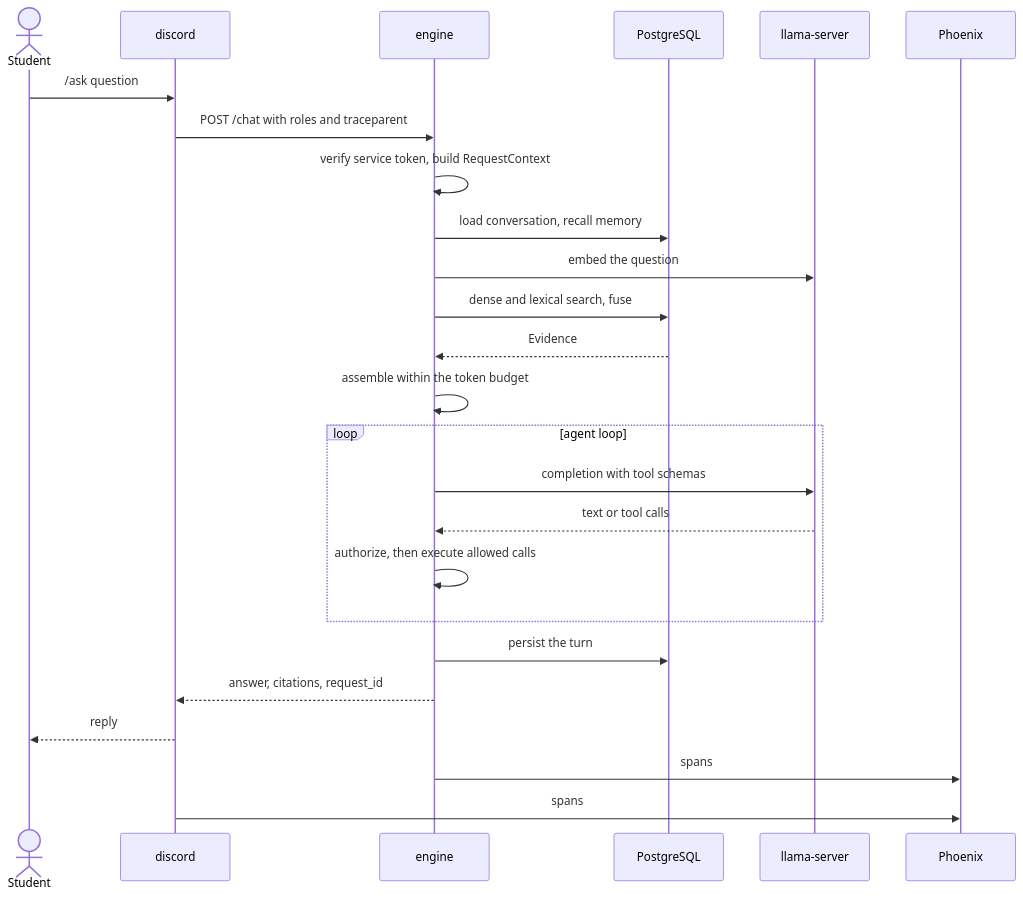
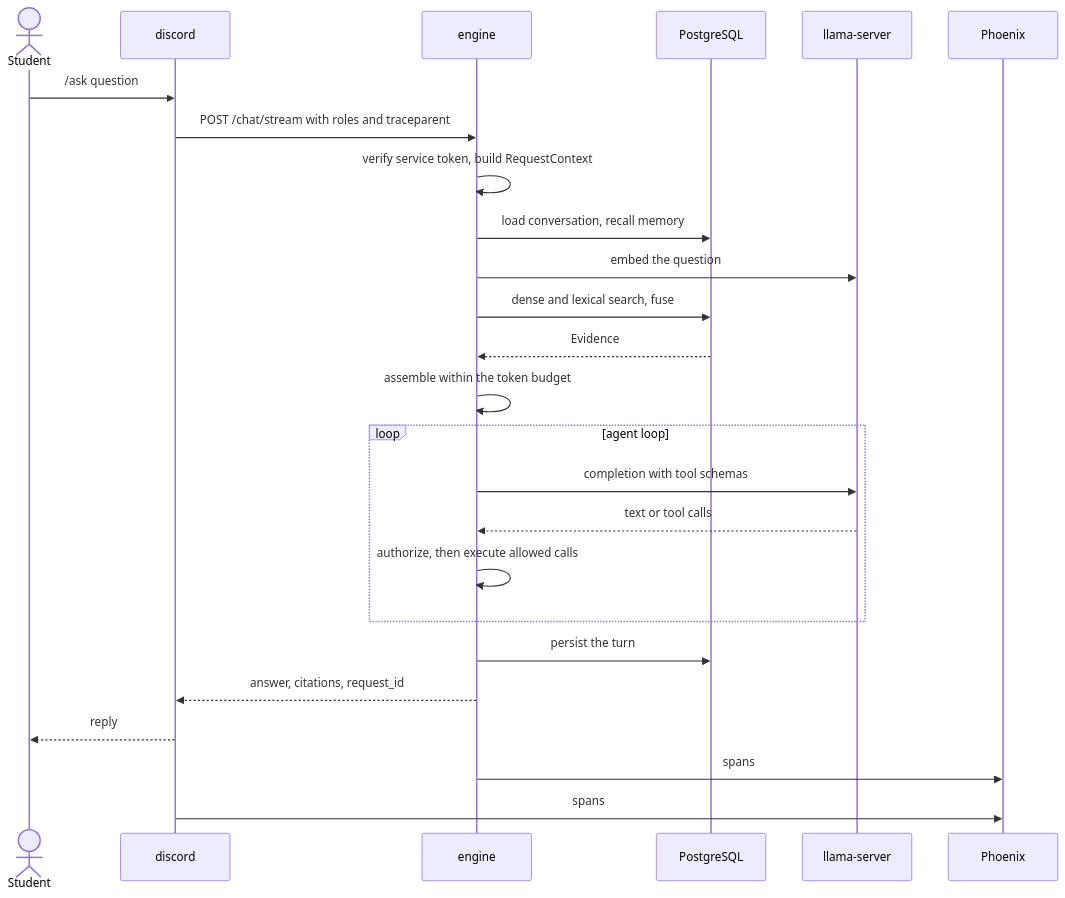
The third of 9 diagrams in docs/ARCHITECTURE.md (ashworks1706/SparkyAI), drawn with Mermaid before and after one commit. The commit also changed other lines of this file and 22 other files, not shown here.

````diff
--- a/docs/ARCHITECTURE.md
+++ b/docs/ARCHITECTURE.md
@@ -216,28 +216,28 @@
 ```mermaid
 sequenceDiagram
     actor U as Student
     participant B as discord
     participant E as engine
     participant PG as PostgreSQL
     participant M as llama-server
     participant PX as Phoenix
 
     U->>B: /ask question
-    B->>E: POST /chat with roles and traceparent
+    B->>E: POST /chat/stream with roles and traceparent
     E->>E: verify service token, build RequestContext
     E->>PG: load conversation, recall memory
     E->>M: embed the question
     E->>PG: dense and lexical search, fuse
     PG-->>E: Evidence
     E->>E: assemble within the token budget
     loop agent loop
         E->>M: completion with tool schemas
         M-->>E: text or tool calls
         E->>E: authorize, then execute allowed calls
     end
     E->>PG: persist the turn
     E-->>B: answer, citations, request_id
     B-->>U: reply
     E->>PX: spans
     B->>PX: spans
 ```
````
